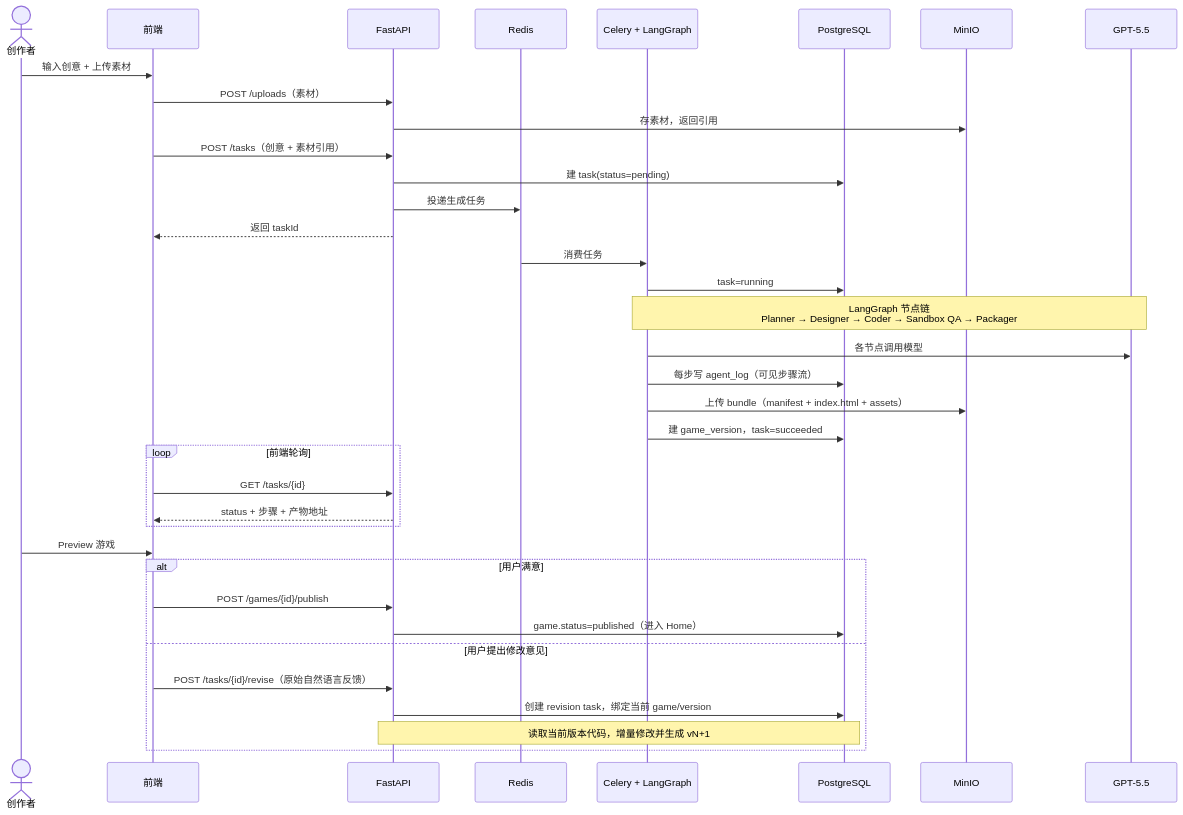
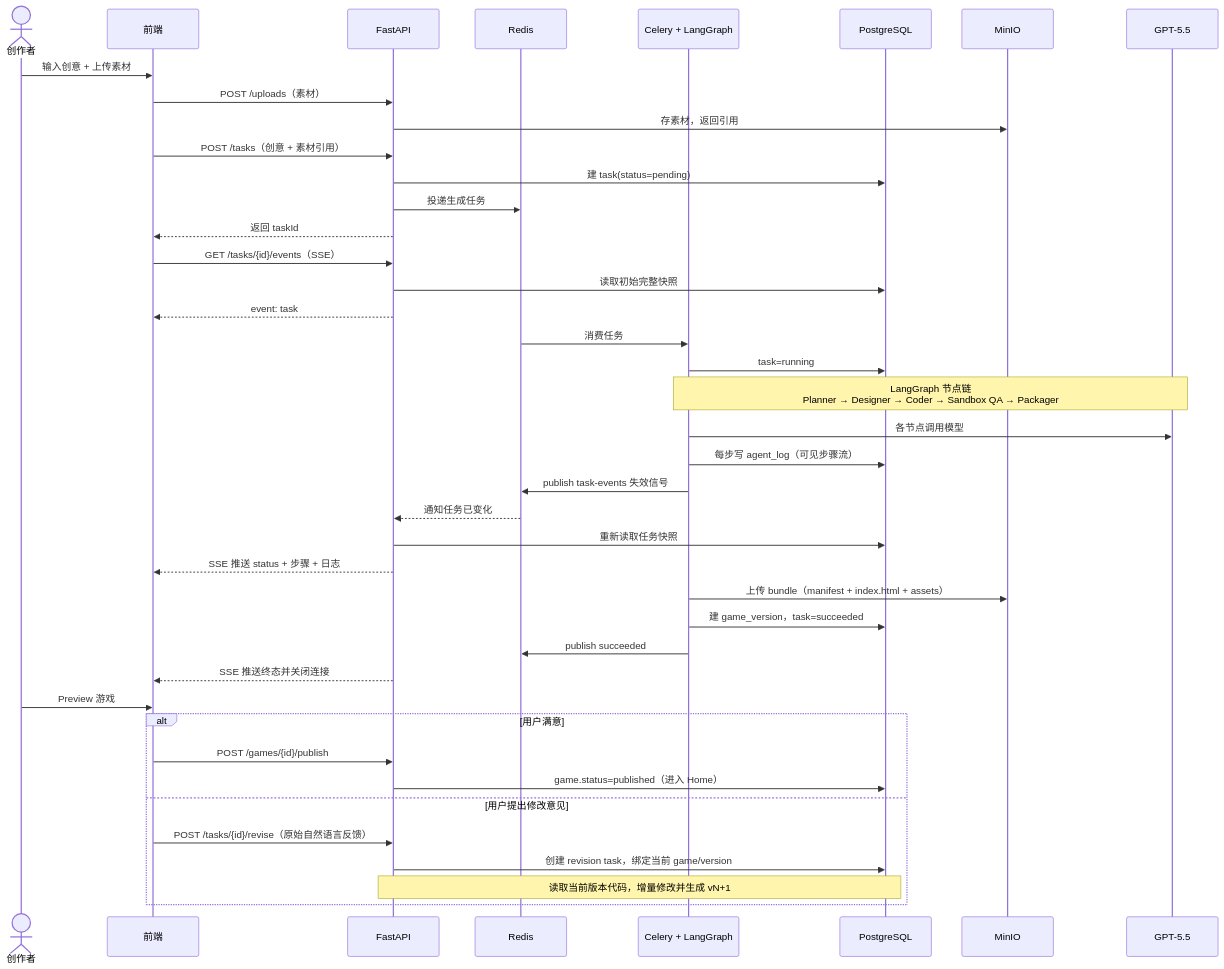
Before and after one commit to charlie11sun-netizen/yahaha: the second of 8 diagrams in docs/系统架构.md, drawn with Mermaid. The commit also changed other lines of this file and 64 other files, not shown here.

````diff
--- a/docs/系统架构.md
+++ b/docs/系统架构.md
@@ -83,42 +83,46 @@
 ```mermaid
 sequenceDiagram
     actor U as 创作者
     participant FE as 前端
     participant API as FastAPI
     participant Q as Redis
     participant W as Celery + LangGraph
     participant DB as PostgreSQL
     participant S3 as MinIO
     participant M as GPT-5.5
 
     U->>FE: 输入创意 + 上传素材
     FE->>API: POST /uploads（素材）
     API->>S3: 存素材，返回引用
     FE->>API: POST /tasks（创意 + 素材引用）
     API->>DB: 建 task(status=pending)
     API->>Q: 投递生成任务
     API-->>FE: 返回 taskId
+    FE->>API: GET /tasks/{id}/events（SSE）
+    API->>DB: 读取初始完整快照
+    API-->>FE: event: task
 
     Q->>W: 消费任务
     W->>DB: task=running
     Note over W,M: LangGraph 节点链<br/>Planner → Designer → Coder → Sandbox QA → Packager
     W->>M: 各节点调用模型
     W->>DB: 每步写 agent_log（可见步骤流）
+    W->>Q: publish task-events 失效信号
+    Q-->>API: 通知任务已变化
+    API->>DB: 重新读取任务快照
+    API-->>FE: SSE 推送 status + 步骤 + 日志
     W->>S3: 上传 bundle（manifest + index.html + assets）
     W->>DB: 建 game_version，task=succeeded
-
-    loop 前端轮询
-        FE->>API: GET /tasks/{id}
-        API-->>FE: status + 步骤 + 产物地址
-    end
+    W->>Q: publish succeeded
+    API-->>FE: SSE 推送终态并关闭连接
 
     U->>FE: Preview 游戏
     alt 用户满意
         FE->>API: POST /games/{id}/publish
         API->>DB: game.status=published（进入 Home）
     else 用户提出修改意见
         FE->>API: POST /tasks/{id}/revise（原始自然语言反馈）
         API->>DB: 创建 revision task，绑定当前 game/version
         Note over API,DB: 读取当前版本代码，增量修改并生成 vN+1
     end
 ```
````
